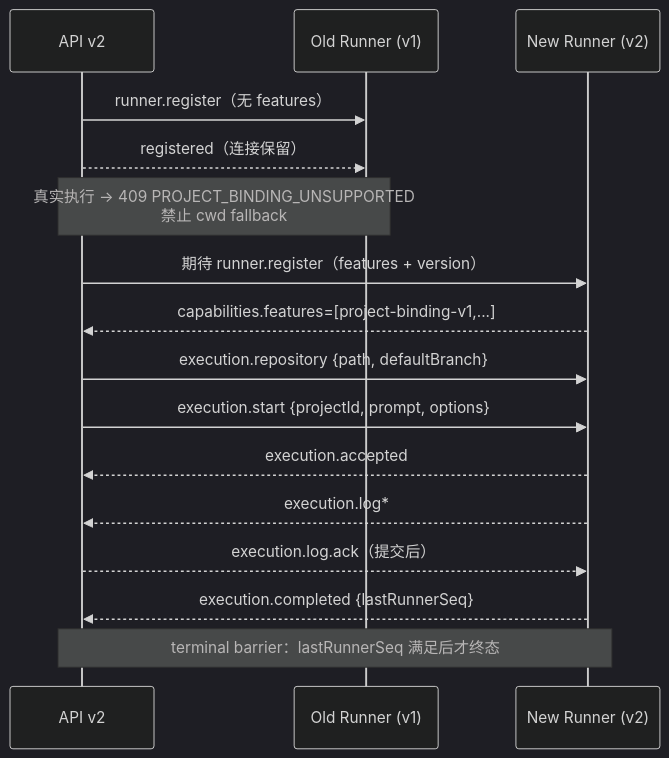
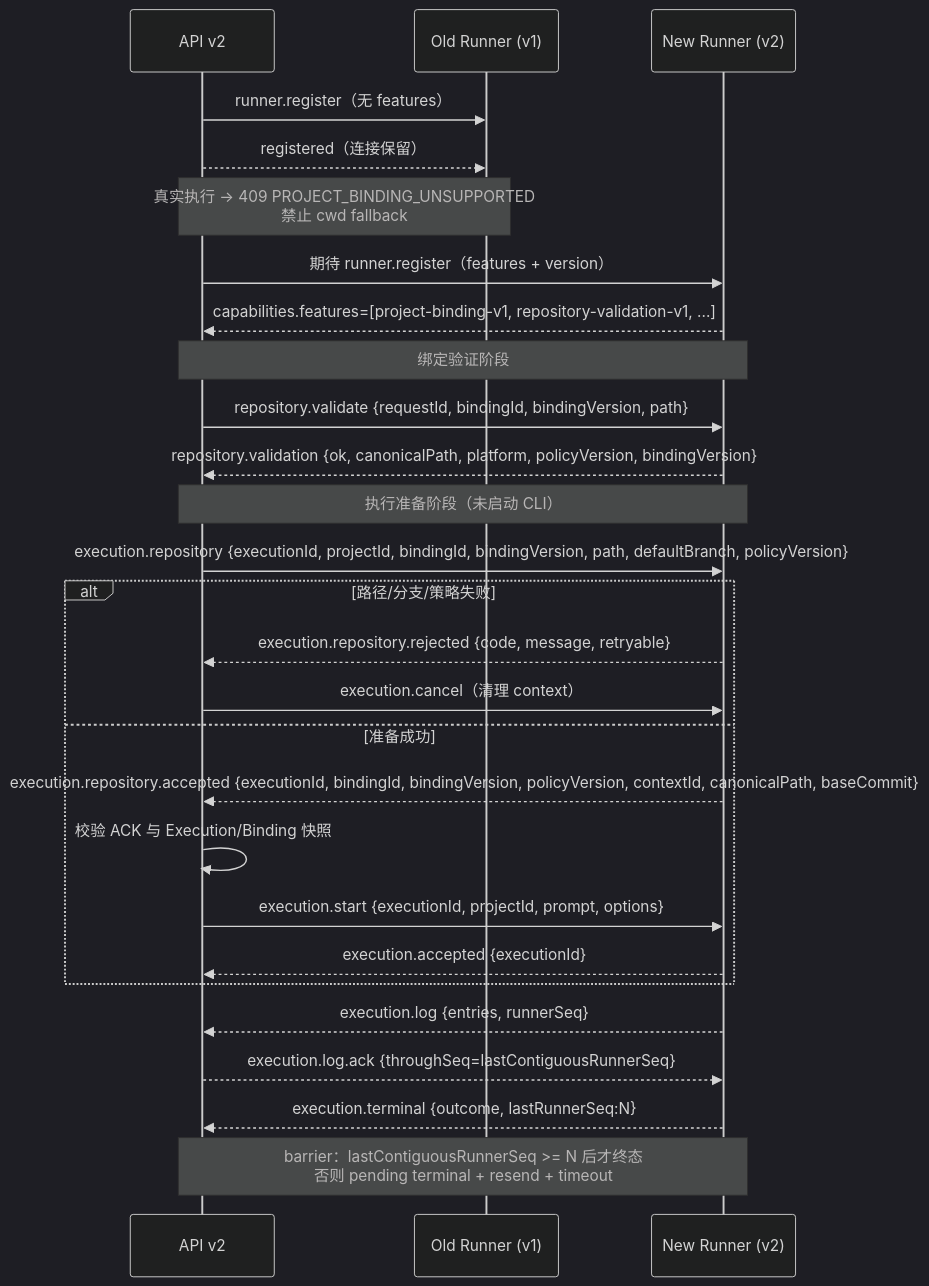
Before and after one commit to cloudyBird233/Haft: the fifth of 10 diagrams in docs/phase-2-technical-roadmap.md, drawn with Mermaid (dark theme). The commit also changed other lines of this file, not shown here.

Commit message:
docs: revise phase 2 architecture for repository handshake and log durability

````diff
--- a/docs/phase-2-technical-roadmap.md
+++ b/docs/phase-2-technical-roadmap.md
@@ -871,18 +1250,29 @@
 ```mermaid
 sequenceDiagram
   participant API as API v2
   participant Old as Old Runner (v1)
   participant New as New Runner (v2)
   API->>Old: runner.register（无 features）
   API-->>Old: registered（连接保留）
   Note over API,Old: 真实执行 → 409 PROJECT_BINDING_UNSUPPORTED<br/>禁止 cwd fallback
   API->>New: 期待 runner.register（features + version）
-  New-->>API: capabilities.features=[project-binding-v1,...]
-  API->>New: execution.repository {path, defaultBranch}
-  API->>New: execution.start {projectId, prompt, options}
-  New-->>API: execution.accepted
-  New-->>API: execution.log*
-  API-->>New: execution.log.ack（提交后）
-  New-->>API: execution.completed {lastRunnerSeq}
-  Note over API,New: terminal barrier：lastRunnerSeq 满足后才终态
+  New-->>API: capabilities.features=[project-binding-v1, repository-validation-v1, ...]
+  Note over API,New: 绑定验证阶段
+  API->>New: repository.validate {requestId, bindingId, bindingVersion, path}
+  New-->>API: repository.validation {ok, canonicalPath, platform, policyVersion, bindingVersion}
+  Note over API,New: 执行准备阶段（未启动 CLI）
+  API->>New: execution.repository {executionId, projectId, bindingId, bindingVersion, path, defaultBranch, policyVersion}
+  alt 路径/分支/策略失败
+    New-->>API: execution.repository.rejected {code, message, retryable}
+    API->>New: execution.cancel（清理 context）
+  else 准备成功
+    New-->>API: execution.repository.accepted {executionId, bindingId, bindingVersion, policyVersion, contextId, canonicalPath, baseCommit}
+    API->>API: 校验 ACK 与 Execution/Binding 快照
+    API->>New: execution.start {executionId, projectId, prompt, options}
+    New-->>API: execution.accepted {executionId}
+  end
+  New-->>API: execution.log {entries, runnerSeq}
+  API-->>New: execution.log.ack {throughSeq=lastContiguousRunnerSeq}
+  New-->>API: execution.terminal {outcome, lastRunnerSeq:N}
+  Note over API,New: barrier：lastContiguousRunnerSeq >= N 后才终态<br/>否则 pending terminal + resend + timeout
 ```
````
